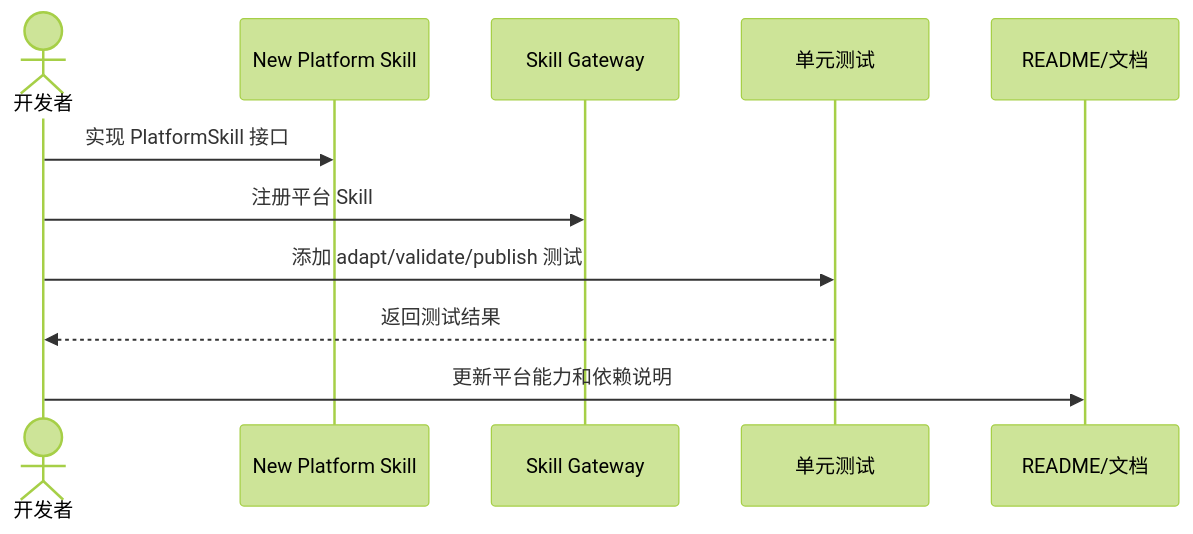
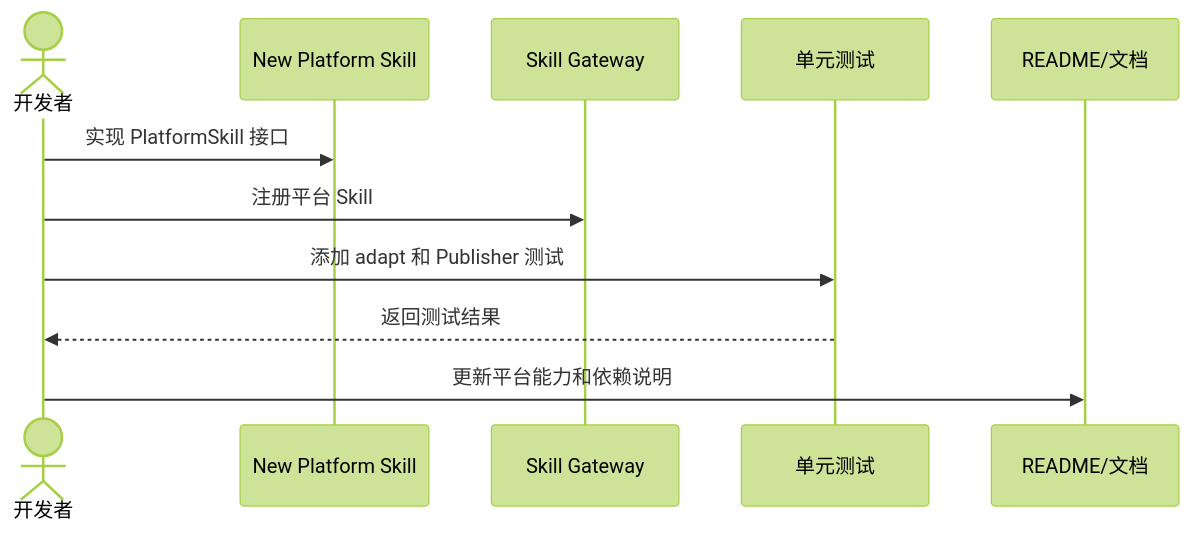
Before and after one commit to xyr723/content-flow-agent: the second of 2 diagrams in docs/design/sequence-diagrams.md, drawn with Mermaid (forest theme). The commit also changed other lines of this file and 11 other files, not shown here.

````diff
--- a/docs/design/sequence-diagrams.md
+++ b/docs/design/sequence-diagrams.md
@@ -37,14 +37,14 @@
 ```mermaid
 sequenceDiagram
     actor Dev as 开发者
     participant Skill as New Platform Skill
     participant Gateway as Skill Gateway
     participant Test as 单元测试
     participant Docs as README/文档
 
     Dev->>Skill: 实现 PlatformSkill 接口
     Dev->>Gateway: 注册平台 Skill
-    Dev->>Test: 添加 adapt/validate/publish 测试
+    Dev->>Test: 添加 adapt 和 Publisher 测试
     Test-->>Dev: 返回测试结果
     Dev->>Docs: 更新平台能力和依赖说明
 ```
````
